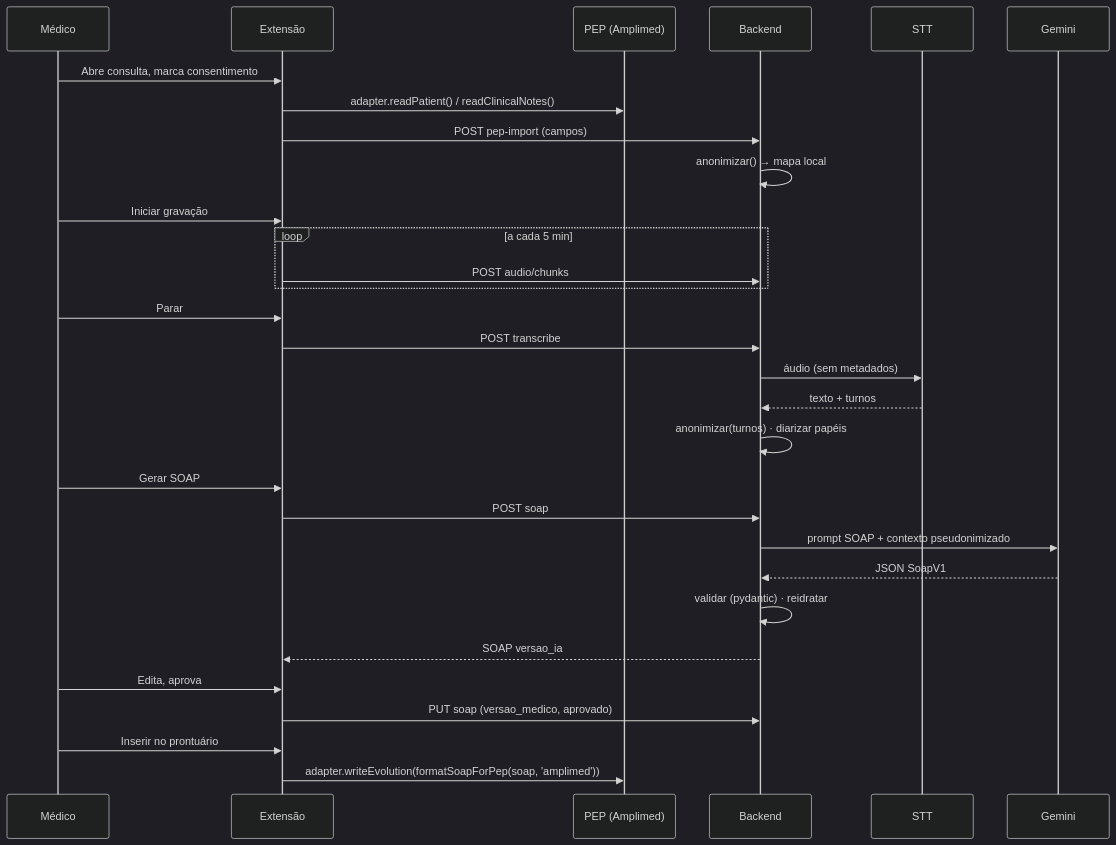
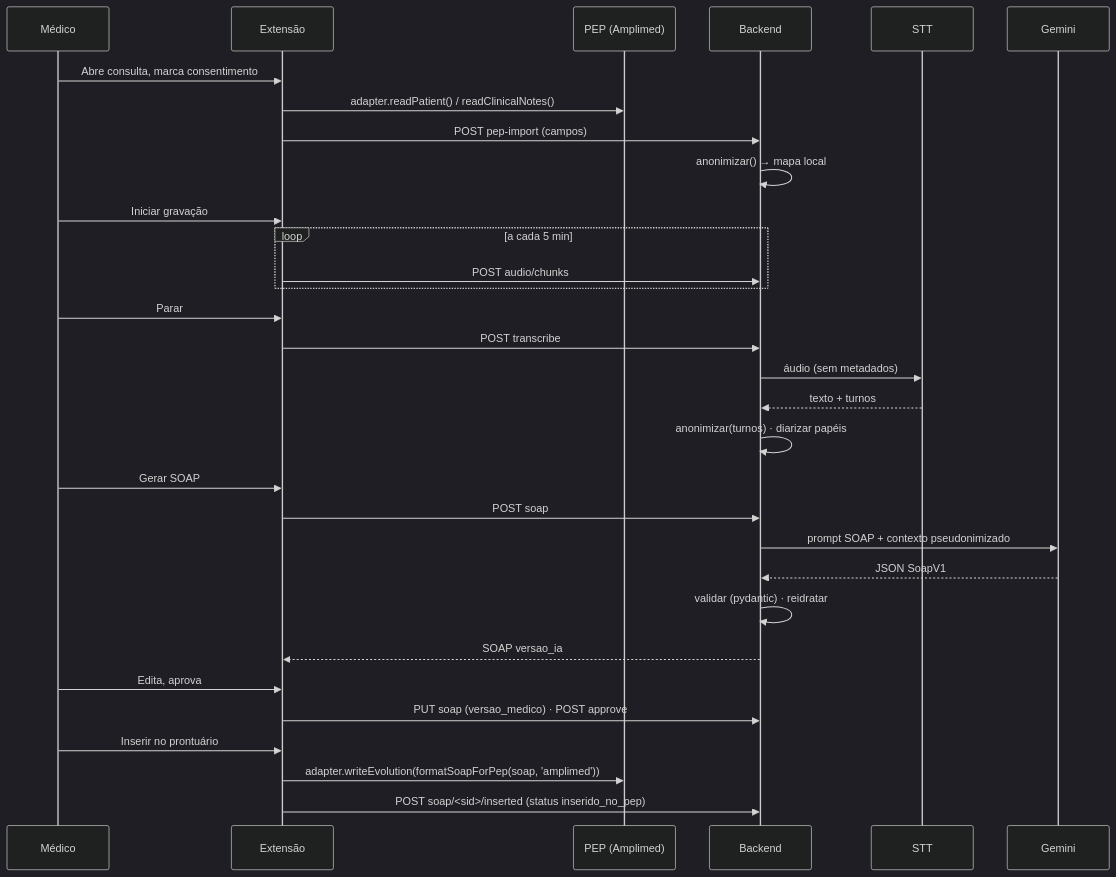
The third of 3 diagrams in docs/05-arquitetura-v5.md (ruypontes/copilot-medico), drawn with Mermaid (dark theme) before and after one commit. The commit also changed other lines of this file and 11 other files, not shown here.

````diff
--- a/docs/05-arquitetura-v5.md
+++ b/docs/05-arquitetura-v5.md
@@ -180,32 +182,33 @@
 ```mermaid
 sequenceDiagram
     participant D as Médico
     participant E as Extensão
     participant P as PEP (Amplimed)
     participant A as Backend
     participant S as STT
     participant G as Gemini
     D->>E: Abre consulta, marca consentimento
     E->>P: adapter.readPatient() / readClinicalNotes()
     E->>A: POST pep-import (campos)
     A->>A: anonimizar() → mapa local
     D->>E: Iniciar gravação
     loop a cada 5 min
         E->>A: POST audio/chunks
     end
     D->>E: Parar
     E->>A: POST transcribe
     A->>S: áudio (sem metadados)
     S-->>A: texto + turnos
     A->>A: anonimizar(turnos) · diarizar papéis
     D->>E: Gerar SOAP
     E->>A: POST soap
     A->>G: prompt SOAP + contexto pseudonimizado
     G-->>A: JSON SoapV1
     A->>A: validar (pydantic) · reidratar
     A-->>E: SOAP versao_ia
     D->>E: Edita, aprova
-    E->>A: PUT soap (versao_medico, aprovado)
+    E->>A: PUT soap (versao_medico) · POST approve
     D->>E: Inserir no prontuário
     E->>P: adapter.writeEvolution(formatSoapForPep(soap, 'amplimed'))
+    E->>A: POST soap/<sid>/inserted (status inserido_no_pep)
 ```
````
